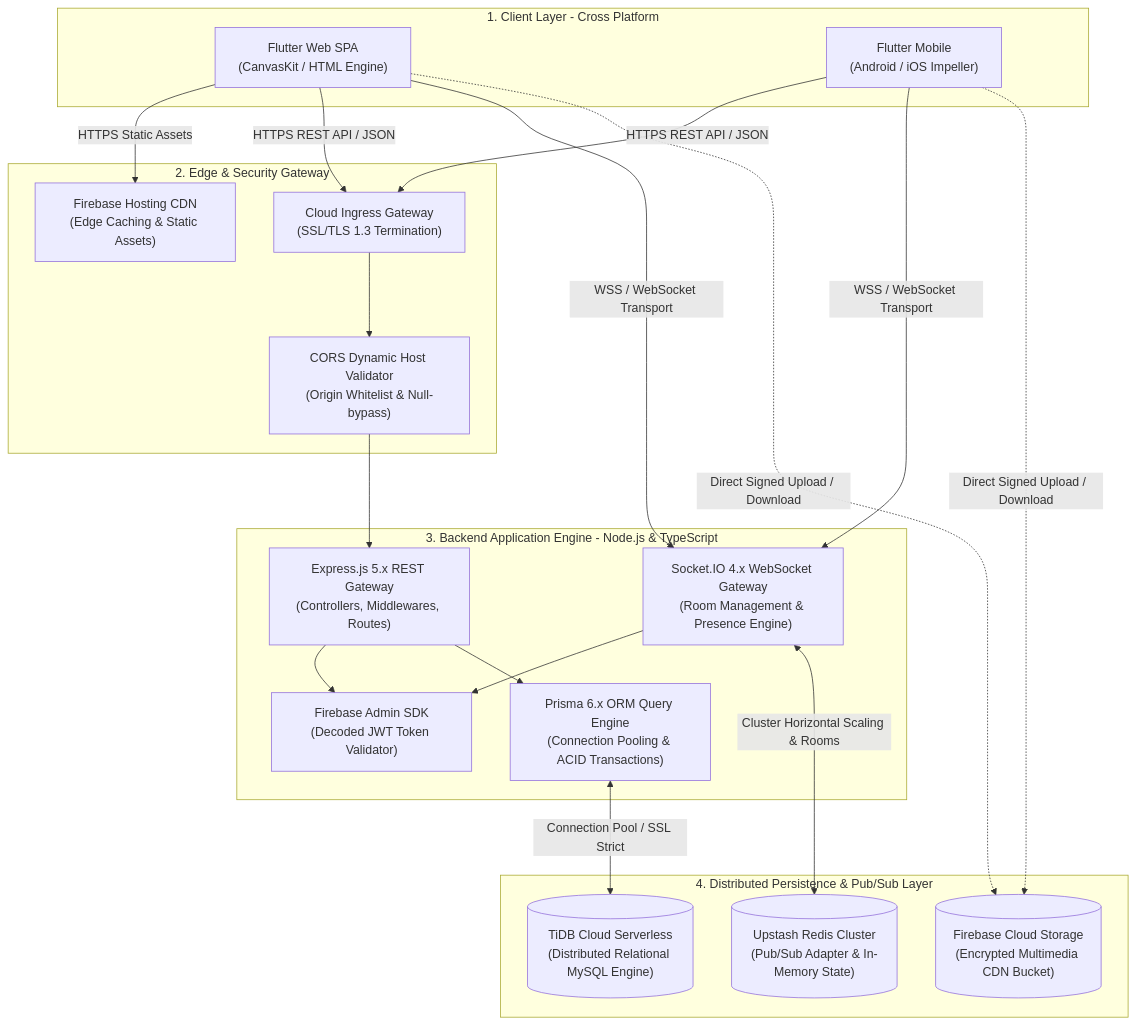
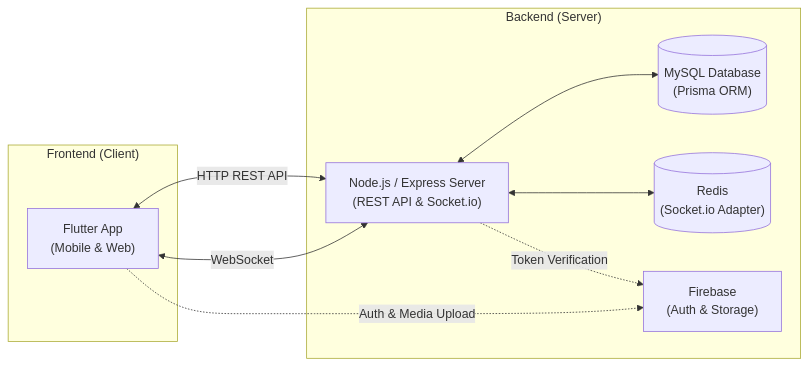
One commit to aimachinius/Thread-City- changed the diagram in README.en.md. Above: the diagram before and after it, drawn with Mermaid. The commit also changed other lines of this file and 2 other files, not shown here.

````diff
--- a/README.en.md
+++ b/README.en.md
@@ -28,44 +38,20 @@
 ```mermaid
-graph TD
-    subgraph ClientLayer ["1. Client Layer - Cross Platform"]
-        WebClient["Flutter Web SPA<br/>(CanvasKit / HTML Engine)"]
-        MobileClient["Flutter Mobile<br/>(Android / iOS Impeller)"]
+graph LR
+    subgraph Client ["Frontend (Client)"]
+        FlutterApp["Flutter App<br/>(Mobile & Web)"]
     end
 
-    subgraph EdgeLayer ["2. Edge & Security Gateway"]
-        CDN["Firebase Hosting CDN<br/>(Edge Caching & Static Assets)"]
-        ReverseProxy["Cloud Ingress Gateway<br/>(SSL/TLS 1.3 Termination)"]
-        CORS["CORS Dynamic Host Validator<br/>(Origin Whitelist & Null-bypass)"]
+    subgraph ServerSide ["Backend (Server)"]
+        NodeServer["Node.js / Express Server<br/>(REST API & Socket.io)"]
+        DB[("MySQL Database<br/>(Prisma ORM)")]
+        RedisDB[("Redis<br/>(Socket.io Adapter)")]
+        FirebaseServ["Firebase<br/>(Auth & Storage)"]
     end
 
-    subgraph AppLayer ["3. Backend Application Engine - Node.js & TypeScript"]
-        ExpressApp["Express.js 5.x REST Gateway<br/>(Controllers, Middlewares, Routes)"]
-        SocketEngine["Socket.IO 4.x WebSocket Gateway<br/>(Room Management & Presence Engine)"]
-        AuthGuard["Firebase Admin SDK<br/>(Decoded JWT Token Validator)"]
-        PrismaEngine["Prisma 6.x ORM Query Engine<br/>(Connection Pooling & ACID Transactions)"]
-    end
-
-    subgraph DataLayer ["4. Distributed Persistence & Pub/Sub Layer"]
-        RedisCluster[("Upstash Redis Cluster<br/>(Pub/Sub Adapter & In-Memory State)")]
-        DistributedDB[("TiDB Cloud Serverless<br/>(Distributed Relational MySQL Engine)")]
-        MediaStorage[("Firebase Cloud Storage<br/>(Encrypted Multimedia CDN Bucket)")]
-    end
-
-    WebClient -->|"HTTPS Static Assets"| CDN
-    WebClient -->|"HTTPS REST API / JSON"| ReverseProxy
-    MobileClient -->|"HTTPS REST API / JSON"| ReverseProxy
-    WebClient -->|"WSS / WebSocket Transport"| SocketEngine
-    MobileClient -->|"WSS / WebSocket Transport"| SocketEngine
-
-    ReverseProxy --> CORS
-    CORS --> ExpressApp
-
-    ExpressApp --> AuthGuard
-    SocketEngine --> AuthGuard
-
-    ExpressApp --> PrismaEngine
-    SocketEngine <-->|"Cluster Horizontal Scaling & Rooms"| RedisCluster
-    PrismaEngine <-->|"Connection Pool / SSL Strict"| DistributedDB
-    WebClient -.->|"Direct Signed Upload / Download"| MediaStorage
-    MobileClient -.->|"Direct Signed Upload / Download"| MediaStorage
+    FlutterApp <-->|"HTTP REST API"| NodeServer
+    FlutterApp <-->|"WebSocket"| NodeServer
+    FlutterApp -.->|"Auth & Media Upload"| FirebaseServ
+    NodeServer <--> DB
+    NodeServer <--> RedisDB
+    NodeServer -.->|"Token Verification"| FirebaseServ
 ```
````
